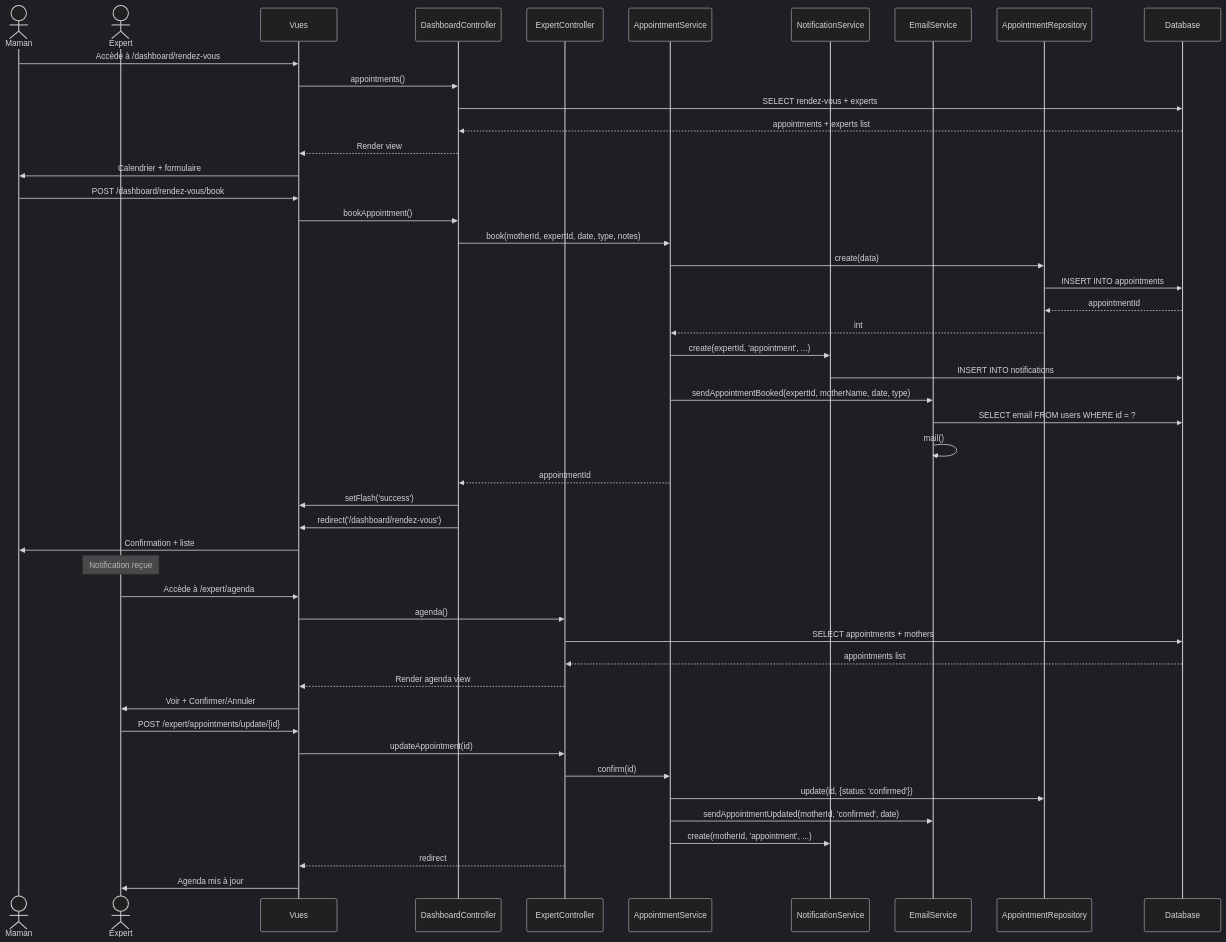
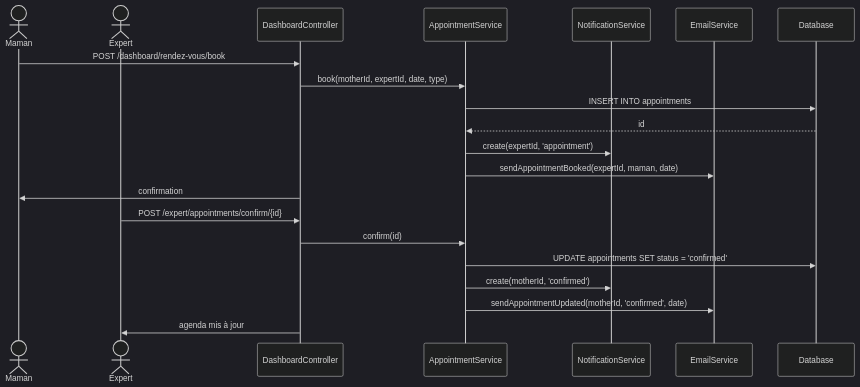
One commit to TheNeovimmer/lulu changed the ninth of 13 diagrams in docs/UML.md. Above: the diagram before and after it, drawn with Mermaid (dark theme). The commit also changed other lines of this file, not shown here.

Commit message:
docs: simplify class + refine use-case diagrams per-role + general

````diff
--- a/docs/UML.md
+++ b/docs/UML.md
@@ -842,57 +366,26 @@
 ```mermaid
 sequenceDiagram
-  actor Maman
-  actor Expert
-  participant V as Vues
+  actor M as Maman
+  actor E as Expert
   participant DC as DashboardController
-  participant EC as ExpertController
   participant Svc as AppointmentService
-  participant Notif as NotificationService
-  participant Email as EmailService
-  participant Repo as AppointmentRepository
+  participant N as NotificationService
+  participant EM as EmailService
   participant DB as Database
 
-  Maman->>V: Accède à /dashboard/rendez-vous
-  V->>DC: appointments()
-  DC->>DB: SELECT rendez-vous + experts
-  DB-->>DC: appointments + experts list
-  DC-->>V: Render view
-  V->>Maman: Calendrier + formulaire
+  M->>DC: POST /dashboard/rendez-vous/book
+  DC->>Svc: book(motherId, expertId, date, type)
+  Svc->>DB: INSERT INTO appointments
+  DB-->>Svc: id
 
-  Maman->>V: POST /dashboard/rendez-vous/book
-  V->>DC: bookAppointment()
-  DC->>Svc: book(motherId, expertId, date, type, notes)
+  Svc->>N: create(expertId, 'appointment')
+  Svc->>EM: sendAppointmentBooked(expertId, maman, date)
+  DC->>M: confirmation
 
-  Svc->>Repo: create(data)
-  Repo->>DB: INSERT INTO appointments
-  DB-->>Repo: appointmentId
-  Repo-->>Svc: int
-
-  Svc->>Notif: create(expertId, 'appointment', ...)
-  Notif->>DB: INSERT INTO notifications
-  Svc->>Email: sendAppointmentBooked(expertId, motherName, date, type)
-  Email->>DB: SELECT email FROM users WHERE id = ?
-  Email->>Email: mail()
-
-  Svc-->>DC: appointmentId
-  DC->>V: setFlash('success')
-  DC->>V: redirect('/dashboard/rendez-vous')
-  V->>Maman: Confirmation + liste
-
-  Note over Expert: Notification reçue
-  Expert->>V: Accède à /expert/agenda
-  V->>EC: agenda()
-  EC->>DB: SELECT appointments + mothers
-  DB-->>EC: appointments list
-  EC-->>V: Render agenda view
-  V->>Expert: Voir + Confirmer/Annuler
-
-  Expert->>V: POST /expert/appointments/update/{id}
-  V->>EC: updateAppointment(id)
-  EC->>Svc: confirm(id)
-  Svc->>Repo: update(id, {status: 'confirmed'})
-  Svc->>Email: sendAppointmentUpdated(motherId, 'confirmed', date)
-  Svc->>Notif: create(motherId, 'appointment', ...)
-  EC-->>V: redirect
-  V->>Expert: Agenda mis à jour
+  E->>DC: POST /expert/appointments/confirm/{id}
+  DC->>Svc: confirm(id)
+  Svc->>DB: UPDATE appointments SET status = 'confirmed'
+  Svc->>N: create(motherId, 'confirmed')
+  Svc->>EM: sendAppointmentUpdated(motherId, 'confirmed', date)
+  DC->>E: agenda mis à jour
 ```
````
